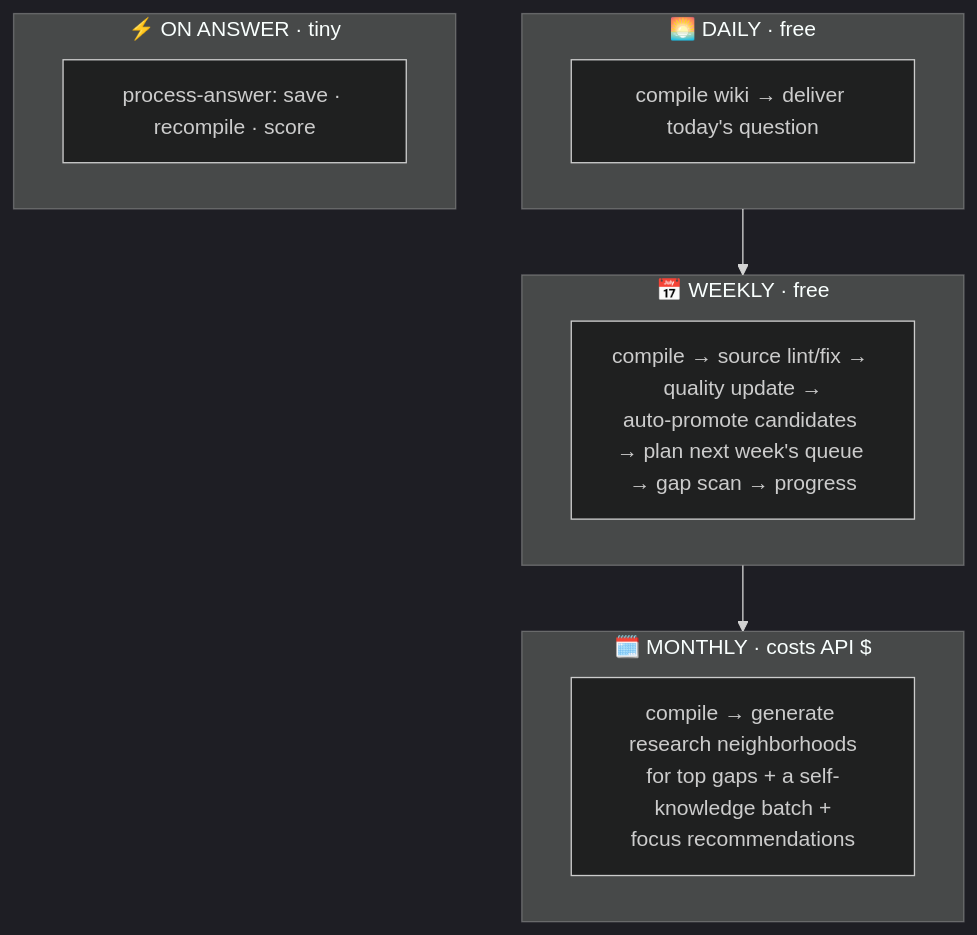
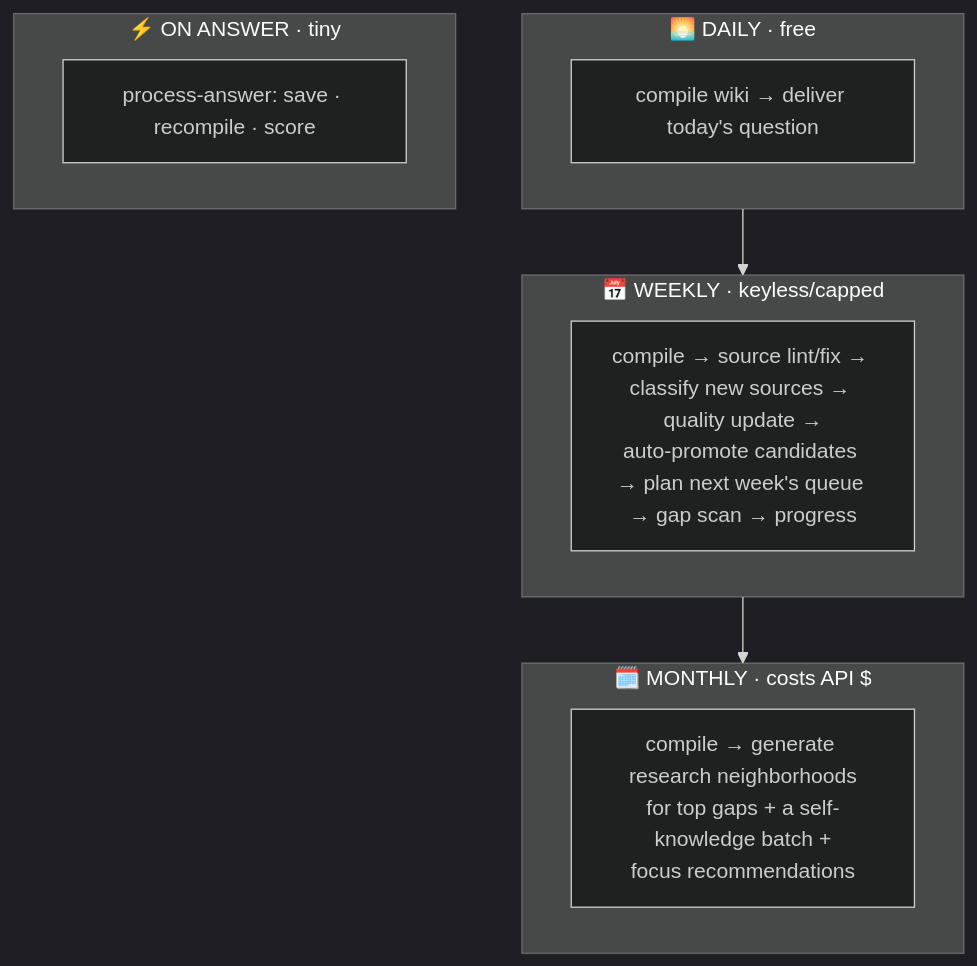
One commit to lifehug/lifehug changed the ninth of 9 diagrams in README.md. Above: the diagram before and after it, drawn with Mermaid (dark theme). The commit also changed other lines of this file and 10 other files, not shown here.

````diff
--- a/README.md
+++ b/README.md
@@ -350,16 +371,16 @@
 ```mermaid
 flowchart TB
     subgraph d["🌅 DAILY · free"]
         D1["compile wiki → deliver today's question"]
     end
-    subgraph w["📅 WEEKLY · free"]
-        W1["compile → source lint/fix → quality update →<br/>auto-promote candidates → plan next week's queue → gap scan → progress"]
+    subgraph w["📅 WEEKLY · keyless/capped"]
+        W1["compile → source lint/fix → classify new sources → quality update →<br/>auto-promote candidates → plan next week's queue → gap scan → progress"]
     end
     subgraph m["🗓️ MONTHLY · costs API $"]
         M1["compile → generate research neighborhoods<br/>for top gaps + a self-knowledge batch +<br/>focus recommendations"]
     end
     subgraph e["⚡ ON ANSWER · tiny"]
         E1["process-answer: save · recompile · score"]
     end
     d --> w --> m
 ```
````
